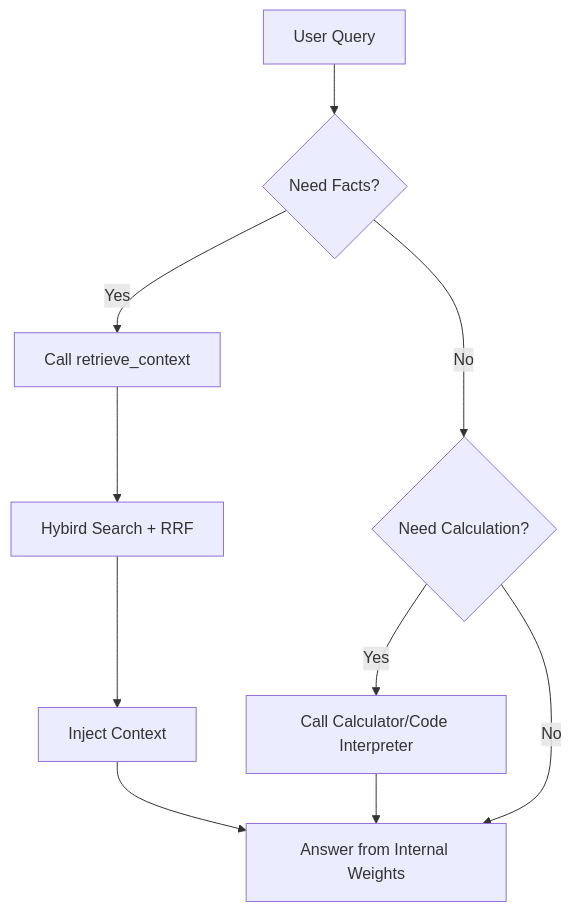
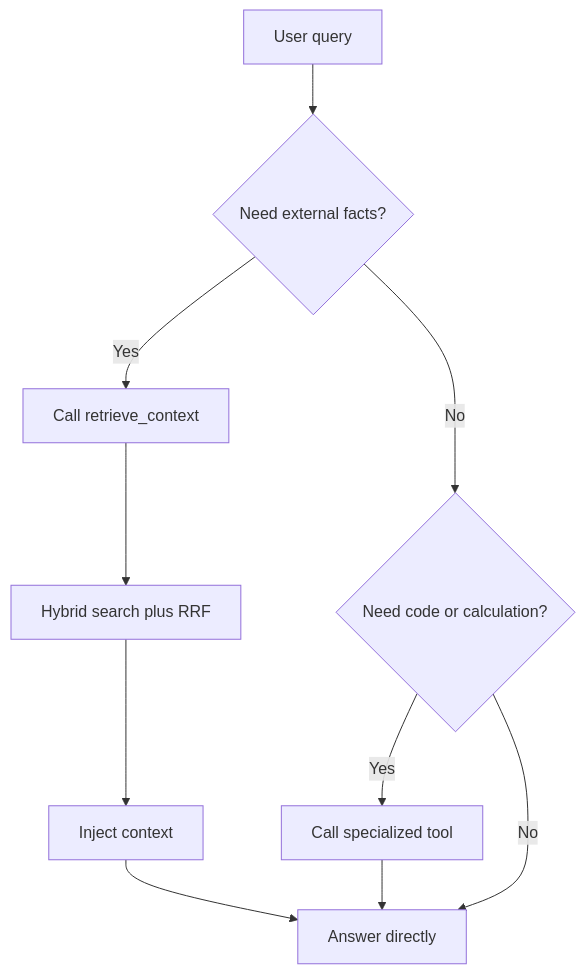
One commit to sid-stack/aris-registry changed the diagram in docs/agentic-rag.mdx. Above: the diagram before and after it, drawn with Mermaid. The commit also changed other lines of this file and 24 other files, not shown here.

````diff
--- a/docs/agentic-rag.mdx
+++ b/docs/agentic-rag.mdx
@@ -16,12 +11,12 @@
-  ```mermaid
-  graph TD
-    A[User Query] --> B{Need Facts?}
-    B -- Yes --> C[Call retrieve_context]
-    B -- No --> D{Need Calculation?}
-    C --> E[Hybird Search + RRF]
-    E --> F[Inject Context]
-    D -- Yes --> G[Call Calculator/Code Interpreter]
-    D -- No --> H[Answer from Internal Weights]
-    F --> H
-    G --> H
-  ```
+```mermaid
+graph TD
+  A[User query] --> B{Need external facts?}
+  B -- Yes --> C[Call retrieve_context]
+  B -- No --> D{Need code or calculation?}
+  C --> E[Hybrid search plus RRF]
+  E --> F[Inject context]
+  D -- Yes --> G[Call specialized tool]
+  D -- No --> H[Answer directly]
+  F --> H
+  G --> H
+```
````
